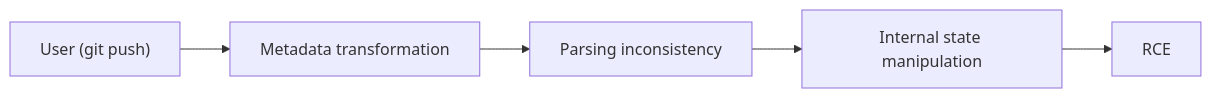
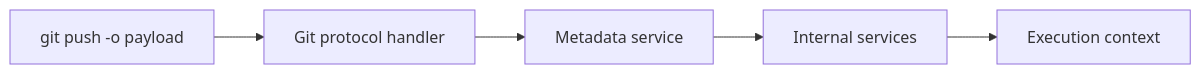
One commit to pullsec/hugo-content changed the first of 4 diagrams in cve/github/CVE-2026-3854.md. Above: the diagram before and after it, drawn with Mermaid. The commit also changed other lines of this file, not shown here.

````diff
--- a/cve/github/CVE-2026-3854.md
+++ b/cve/github/CVE-2026-3854.md
@@ -45,8 +42,10 @@
 ```mermaid
 flowchart LR
-    A["User (git push)"]
-        --> B["Metadata transformation"]
-        --> C["Parsing inconsistency"]
-        --> D["Internal state manipulation"]
-        --> E["RCE"]
+    A["git push -o payload"]
+    B["Git protocol handler"]
+    C["Metadata service"]
+    D["Internal services"]
+    E["Execution context"]
+
+    A --> B --> C --> D --> E
 ```
````
